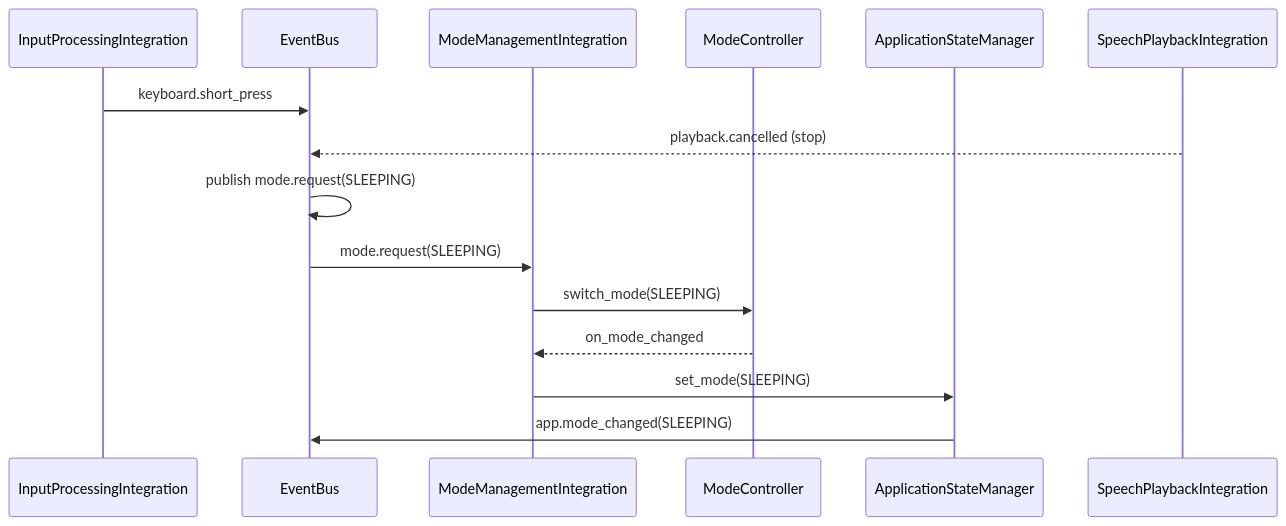
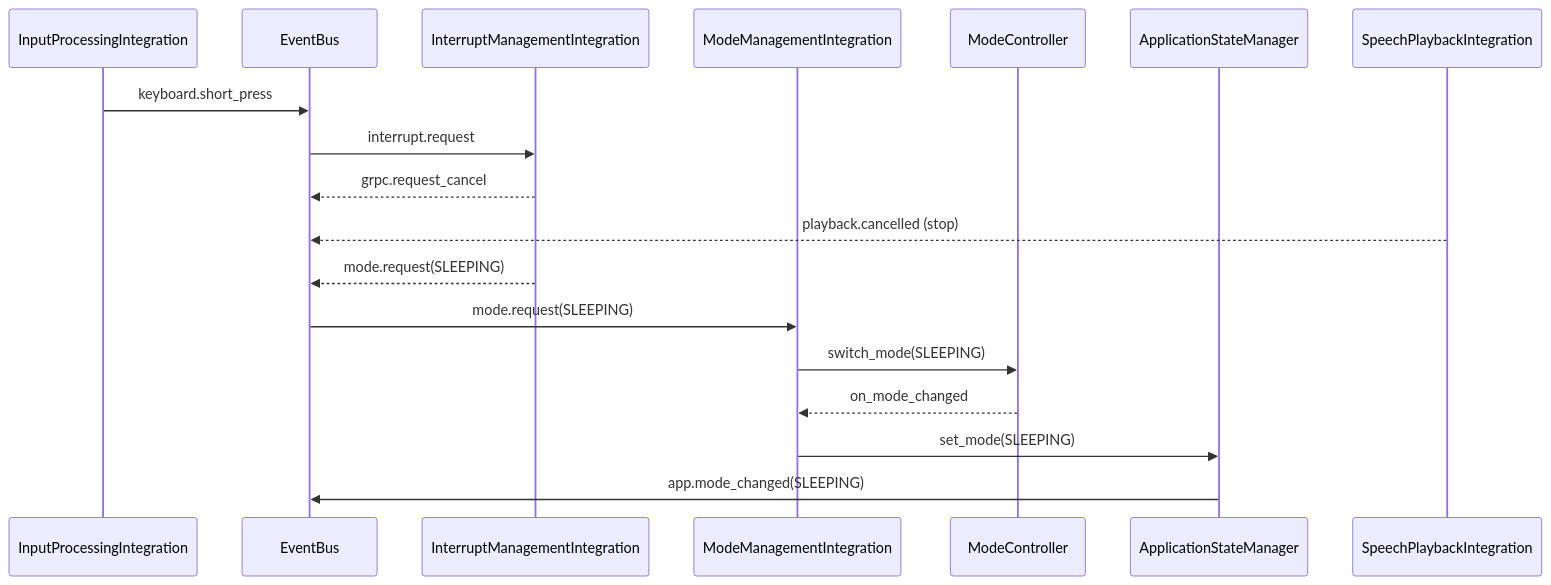
The third of 4 diagrams in client/Docs/ARCHITECTURE_OVERVIEW.md (Seregawpn/Nexy_server), drawn with Mermaid before and after one commit. The commit also changed other lines of this file and 119 other files, not shown here.

````diff
--- a/client/Docs/ARCHITECTURE_OVERVIEW.md
+++ b/client/Docs/ARCHITECTURE_OVERVIEW.md
@@ -698,18 +700,21 @@
 ```mermaid
 sequenceDiagram
     participant Input as InputProcessingIntegration
     participant Bus as EventBus
+    participant Interrupt as InterruptManagementIntegration
     participant ModeMgmt as ModeManagementIntegration
     participant Ctrl as ModeController
     participant State as ApplicationStateManager
     participant Speech as SpeechPlaybackIntegration
 
     Input->>Bus: keyboard.short_press
+    Bus->>Interrupt: interrupt.request
+    Interrupt-->>Bus: grpc.request_cancel
     Speech-->>Bus: playback.cancelled (stop)
-    Bus->>Bus: publish mode.request(SLEEPING)
+    Interrupt-->>Bus: mode.request(SLEEPING)
     Bus->>ModeMgmt: mode.request(SLEEPING)
     ModeMgmt->>Ctrl: switch_mode(SLEEPING)
     Ctrl-->>ModeMgmt: on_mode_changed
     ModeMgmt->>State: set_mode(SLEEPING)
     State->>Bus: app.mode_changed(SLEEPING)
 ```
````
